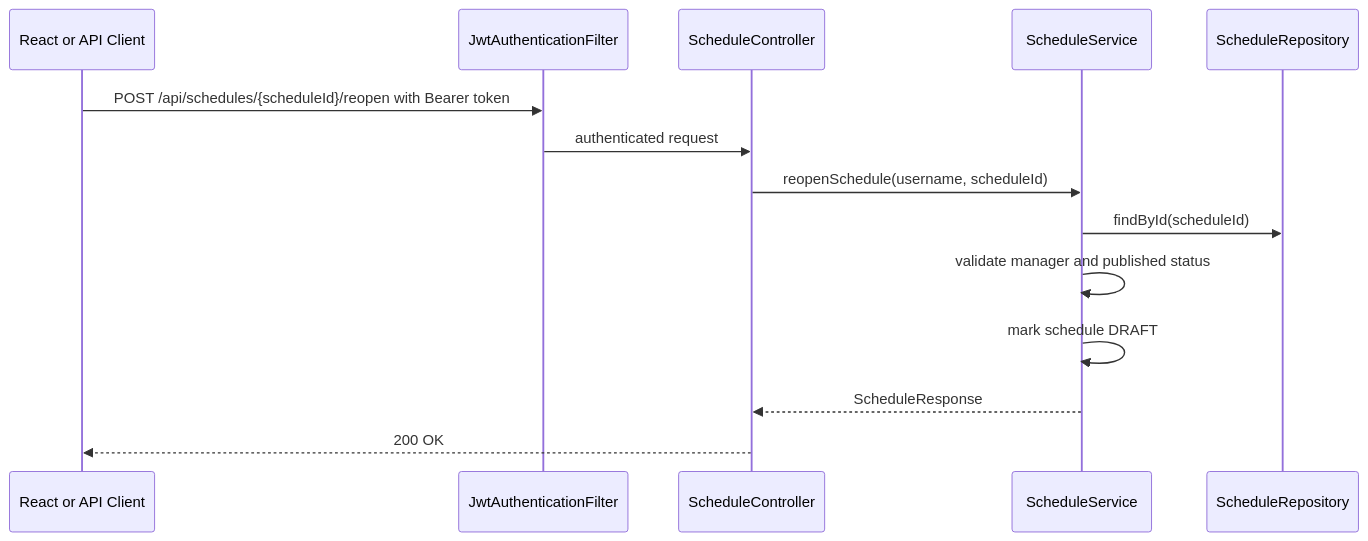
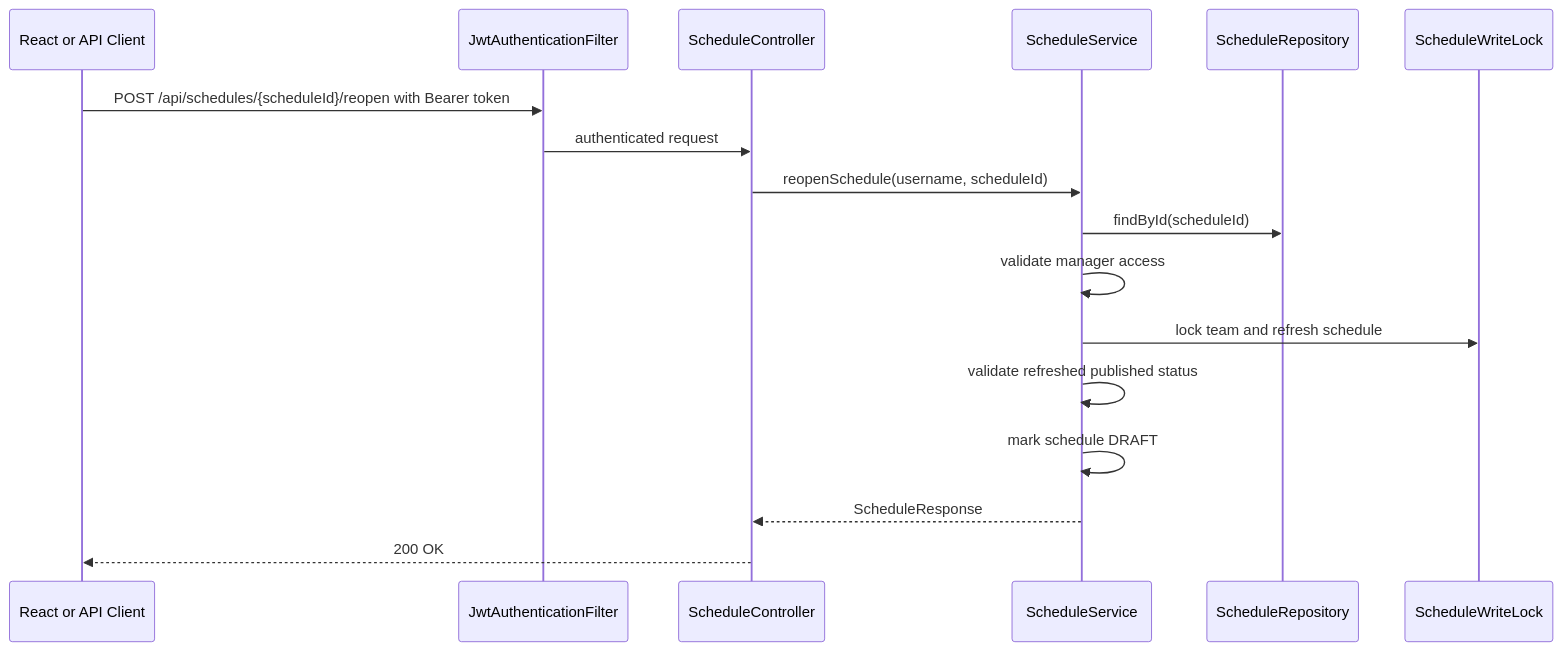
One commit to HiliMor/shift-management-system changed diagram 11 of 20 in docs/current-backend-architecture.md. Above: the diagram before and after it, drawn with Mermaid. The commit also changed other lines of this file and 14 other files, not shown here.

````diff
--- a/docs/current-backend-architecture.md
+++ b/docs/current-backend-architecture.md
@@ -562,17 +596,20 @@
 ```mermaid
 sequenceDiagram
     participant Client as React or API Client
     participant Security as JwtAuthenticationFilter
     participant ScheduleController
     participant ScheduleService
     participant ScheduleRepository
+    participant ScheduleWriteLock
 
     Client->>Security: POST /api/schedules/{scheduleId}/reopen with Bearer token
     Security->>ScheduleController: authenticated request
     ScheduleController->>ScheduleService: reopenSchedule(username, scheduleId)
     ScheduleService->>ScheduleRepository: findById(scheduleId)
-    ScheduleService->>ScheduleService: validate manager and published status
+    ScheduleService->>ScheduleService: validate manager access
+    ScheduleService->>ScheduleWriteLock: lock team and refresh schedule
+    ScheduleService->>ScheduleService: validate refreshed published status
     ScheduleService->>ScheduleService: mark schedule DRAFT
     ScheduleService-->>ScheduleController: ScheduleResponse
     ScheduleController-->>Client: 200 OK
 ```
````
